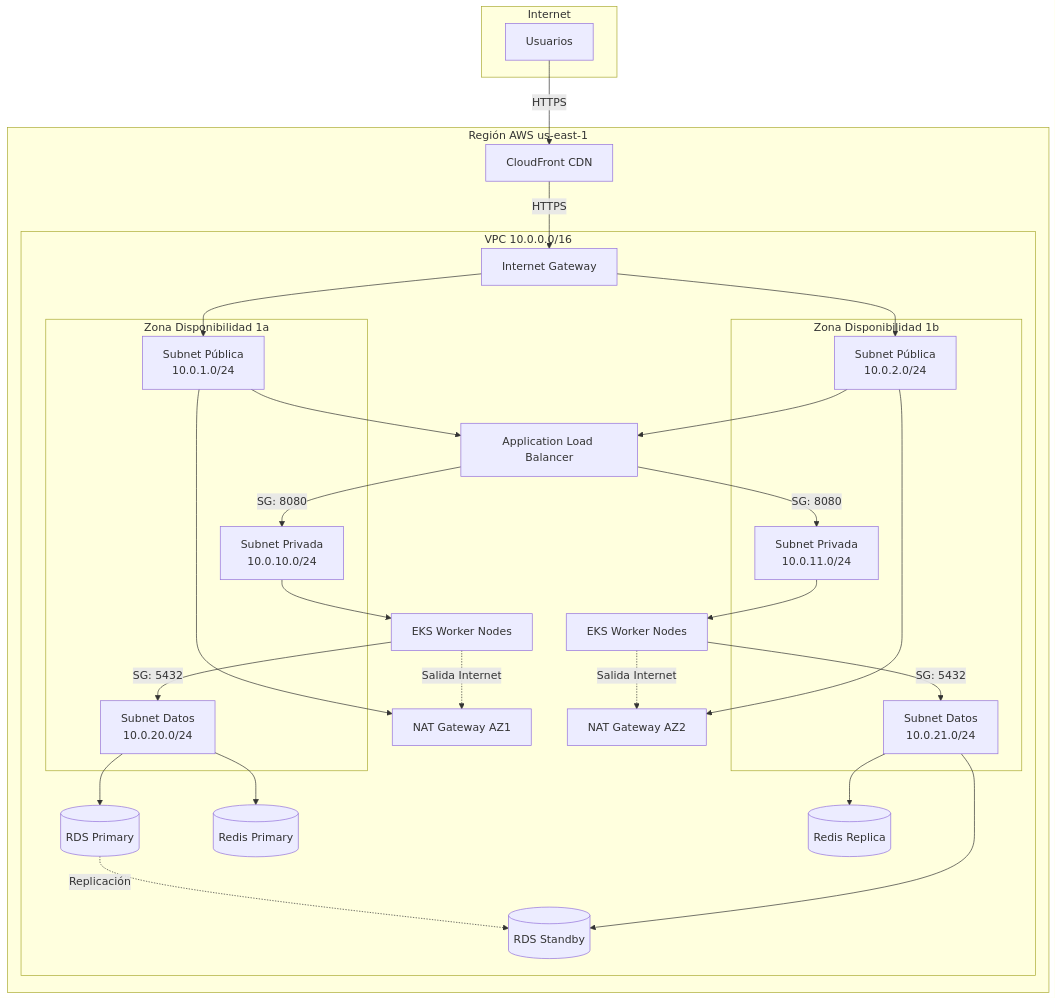
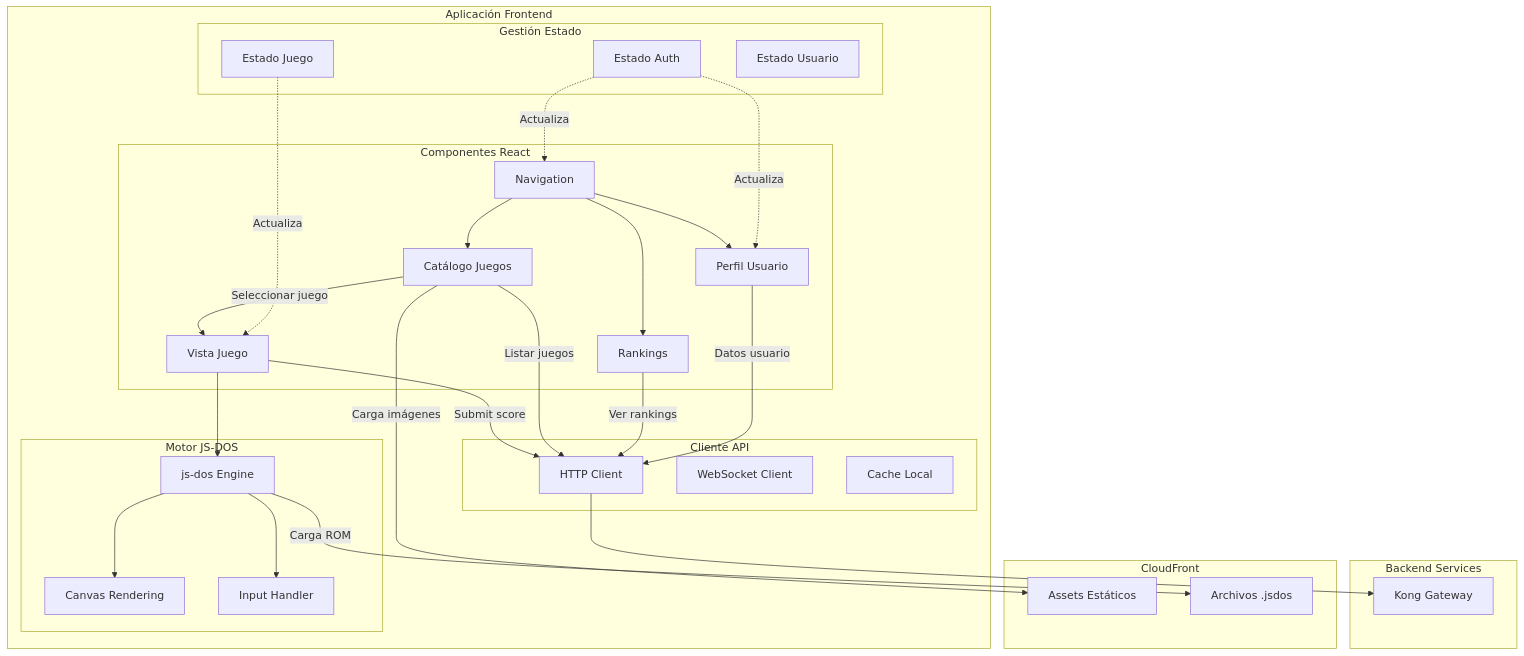
One commit to retrogamecloud/docs changed the fifth of 5 diagrams in IMPROVEMENTS.md. Above: the diagram before and after it, drawn with Mermaid. The commit also changed other lines of this file and 3 other files, not shown here.

````diff
--- a/IMPROVEMENTS.md
+++ b/IMPROVEMENTS.md
@@ -100,52 +320,51 @@
 ```mermaid
 graph TB
-    subgraph Internet
-        Users[Usuarios]
+    subgraph Frontend[Aplicación Frontend]
+        subgraph Componentes[Componentes React]
+            NAV[Navigation]
+            CATALOG_VIEW[Catálogo Juegos]
+            GAME_VIEW[Vista Juego]
+            PROFILE[Perfil Usuario]
+            RANKING[Rankings]
+        end
+        subgraph Estado[Gestión Estado]
+            AUTH_STATE[Estado Auth]
+            GAME_STATE[Estado Juego]
+            USER_STATE[Estado Usuario]
+        end
+        subgraph Emulador[Motor JS-DOS]
+            JSDOS[js-dos Engine]
+            CANVAS[Canvas Rendering]
+            INPUT[Input Handler]
+        end
+        subgraph API[Cliente API]
+            HTTP[HTTP Client]
+            WS[WebSocket Client]
+            CACHE[Cache Local]
+        end
     end
-    subgraph AWS_Region[Región AWS us-east-1]
-        subgraph VPC[VPC 10.0.0.0/16]
-            subgraph AZ1[Zona Disponibilidad 1a]
-                PublicSubnet1[Subnet Pública<br/>10.0.1.0/24]
-                PrivateSubnet1[Subnet Privada<br/>10.0.10.0/24]
-                DataSubnet1[Subnet Datos<br/>10.0.20.0/24]
-            end
-            subgraph AZ2[Zona Disponibilidad 1b]
-                PublicSubnet2[Subnet Pública<br/>10.0.2.0/24]
-                PrivateSubnet2[Subnet Privada<br/>10.0.11.0/24]
-                DataSubnet2[Subnet Datos<br/>10.0.21.0/24]
-            end
-            IGW[Internet Gateway]
-            NAT1[NAT Gateway AZ1]
-            NAT2[NAT Gateway AZ2]
-            ALB[Application Load Balancer]
-            EKS1[EKS Worker Nodes]
-            EKS2[EKS Worker Nodes]
-            RDS1[(RDS Primary)]
-            RDS2[(RDS Standby)]
-            Redis1[(Redis Primary)]
-            Redis2[(Redis Replica)]
-        end
-        CF[CloudFront CDN]
+    subgraph Backend[Backend Services]
+        KONG_API[Kong Gateway]
     end
-    Users -->|HTTPS| CF
-    CF -->|HTTPS| IGW
-    IGW --> PublicSubnet1
-    IGW --> PublicSubnet2
-    PublicSubnet1 --> ALB
-    PublicSubnet2 --> ALB
-    PublicSubnet1 --> NAT1
-    PublicSubnet2 --> NAT2
-    ALB -->|SG: 8080| PrivateSubnet1
-    ALB -->|SG: 8080| PrivateSubnet2
-    PrivateSubnet1 --> EKS1
-    PrivateSubnet2 --> EKS2
-    EKS1 -->|SG: 5432| DataSubnet1
-    EKS2 -->|SG: 5432| DataSubnet2
-    DataSubnet1 --> RDS1
-    DataSubnet2 --> RDS2
-    DataSubnet1 --> Redis1
-    DataSubnet2 --> Redis2
-    EKS1 -.->|Salida Internet| NAT1
-    EKS2 -.->|Salida Internet| NAT2
-    RDS1 -.->|Replicación| RDS2
+    subgraph CDN[CloudFront]
+        ASSETS[Assets Estáticos]
+        JSDOS_FILES[Archivos .jsdos]
+    end
+    NAV --> CATALOG_VIEW
+    NAV --> PROFILE
+    NAV --> RANKING
+    CATALOG_VIEW -->|Seleccionar juego| GAME_VIEW
+    GAME_VIEW --> JSDOS
+    JSDOS --> CANVAS
+    JSDOS --> INPUT
+    GAME_VIEW -->|Submit score| HTTP
+    HTTP --> KONG_API
+    CATALOG_VIEW -->|Listar juegos| HTTP
+    RANKING -->|Ver rankings| HTTP
+    PROFILE -->|Datos usuario| HTTP
+    AUTH_STATE -.->|Actualiza| NAV
+    AUTH_STATE -.->|Actualiza| PROFILE
+    GAME_STATE -.->|Actualiza| GAME_VIEW
+    JSDOS -->|Carga ROM| JSDOS_FILES
+    CATALOG_VIEW -->|Carga imágenes| ASSETS
 ```
````
